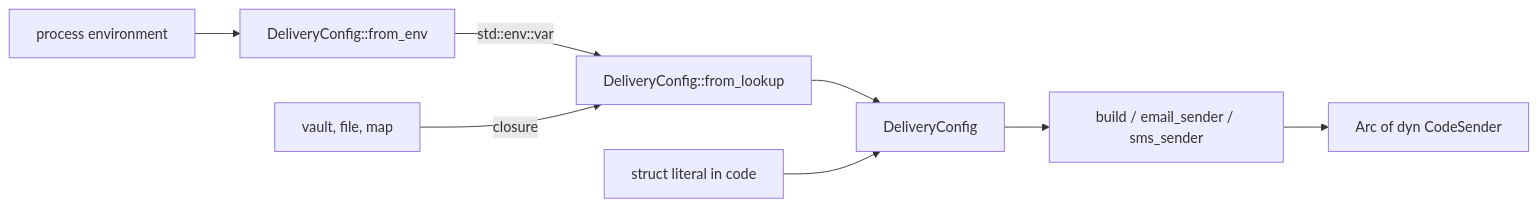
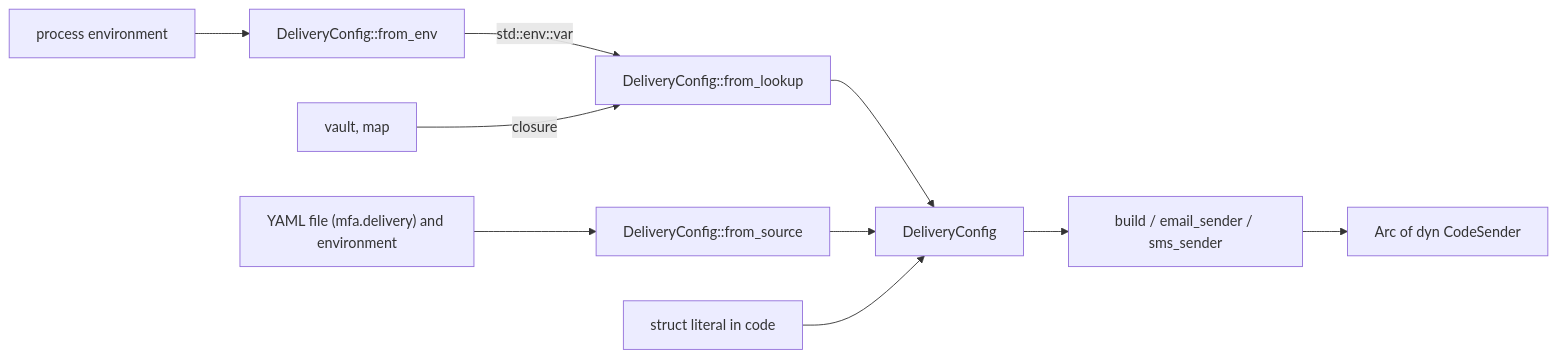
Before and after one commit to eugenezimin/auth-lib: the first of 3 diagrams in adapters/mfa/delivery/docs/configuration.md, drawn with Mermaid. The commit also changed other lines of this file and 12 other files, not shown here.

````diff
--- a/adapters/mfa/delivery/docs/configuration.md
+++ b/adapters/mfa/delivery/docs/configuration.md
@@ -11,10 +11,12 @@
 ```mermaid
 flowchart LR
     Env["process environment"] --> FromEnv["DeliveryConfig::from_env"]
     FromEnv -->|"std::env::var"| FromLookup["DeliveryConfig::from_lookup"]
-    Other["vault, file, map"] -->|"closure"| FromLookup
+    Other["vault, map"] -->|"closure"| FromLookup
+    File["YAML file (mfa.delivery) and environment"] --> FromSource["DeliveryConfig::from_source"]
     FromLookup --> Cfg["DeliveryConfig"]
+    FromSource --> Cfg
     Code["struct literal in code"] --> Cfg
     Cfg --> Build["build / email_sender / sms_sender"]
     Build --> Sender["Arc of dyn CodeSender"]
 ```
````
